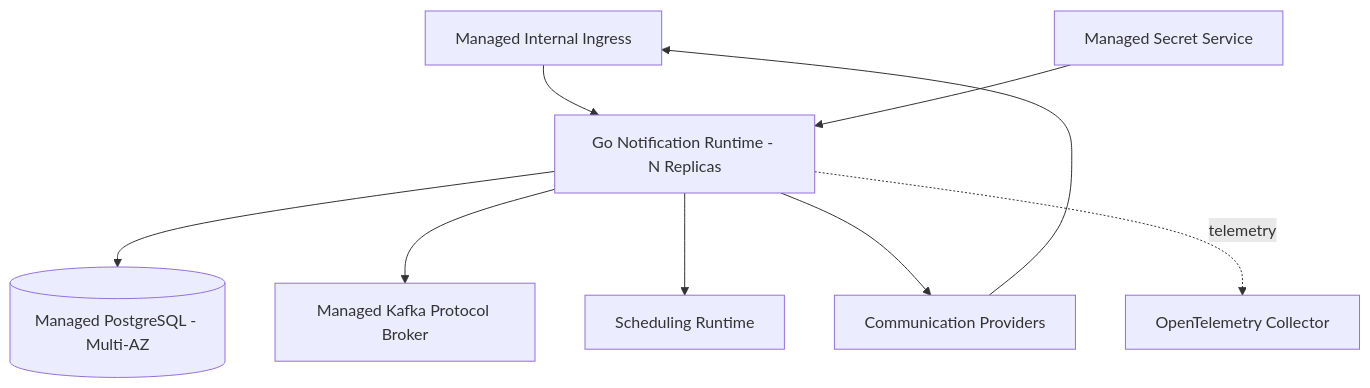
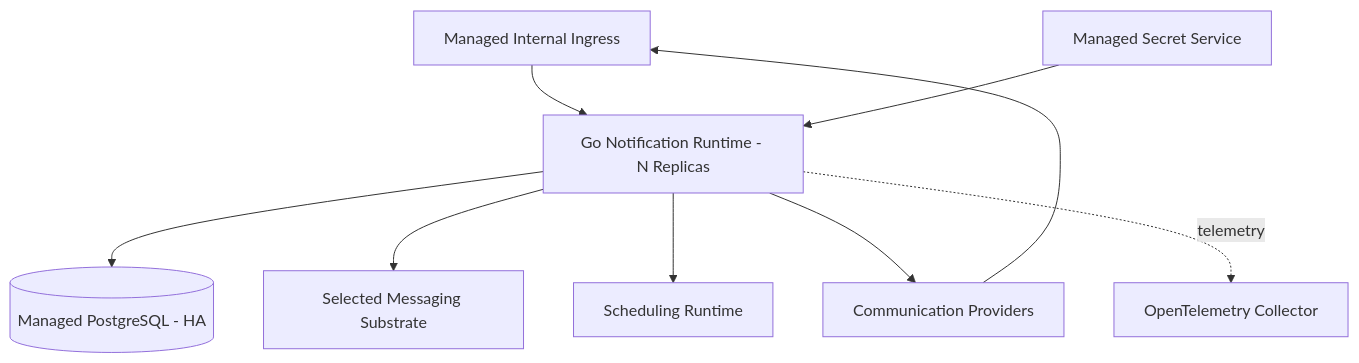
The second of 7 diagrams in 04-system/scnehaux-notification-platform/scnehaux-notification-platform.sad.md (anshacerbia2/scnehaux-architecture), drawn with Mermaid before and after one commit. The commit also changed other lines of this file and 18 other files, not shown here.

Commit message:
rebaseline durable messaging substrate profiles

````diff
--- a/04-system/scnehaux-notification-platform/scnehaux-notification-platform.sad.md
+++ b/04-system/scnehaux-notification-platform/scnehaux-notification-platform.sad.md
@@ -167,20 +204,20 @@
 ```mermaid
 graph TB
     INGRESS[Managed Internal Ingress]
     APP[Go Notification Runtime - N Replicas]
-    DB[(Managed PostgreSQL - Multi-AZ)]
-    KAFKA[Managed Kafka Protocol Broker]
+    DB[(Managed PostgreSQL - HA)]
+    MSG[Selected Messaging Substrate]
     SCHED[Scheduling Runtime]
     SECRET[Managed Secret Service]
     PROVIDERS[Communication Providers]
     OTEL[OpenTelemetry Collector]
 
     INGRESS --> APP
     APP --> DB
-    APP --> KAFKA
+    APP --> MSG
     APP --> SCHED
     SECRET --> APP
     APP --> PROVIDERS
     PROVIDERS --> INGRESS
     APP -. telemetry .-> OTEL
 ```
````
